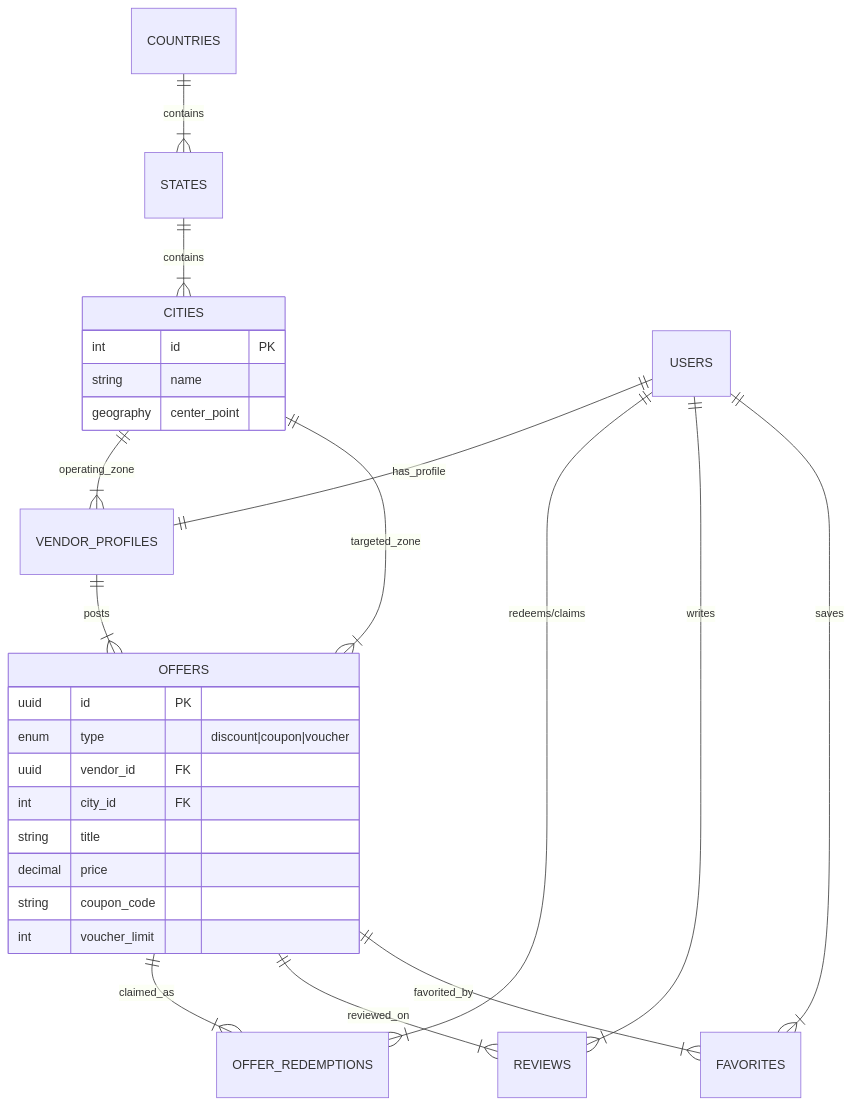
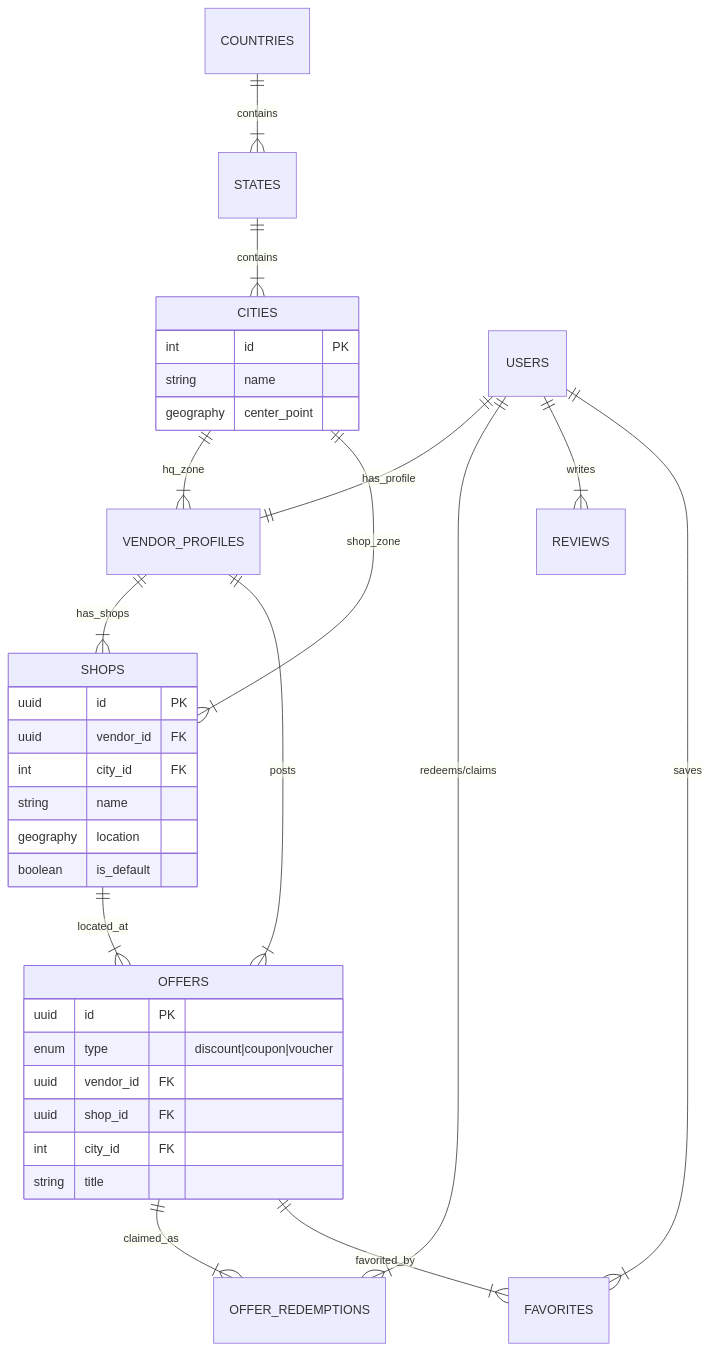
Before and after one commit to fozlerabbi321/Offerify: the diagram in docs/architecture/database-schema.md, drawn with Mermaid. The commit also changed other lines of this file and 33 other files, not shown here.

````diff
--- a/docs/architecture/database-schema.md
+++ b/docs/architecture/database-schema.md
@@ -27,34 +31,41 @@
 ```mermaid
 erDiagram
     COUNTRIES ||--|{ STATES : contains
     STATES ||--|{ CITIES : contains
-    CITIES ||--|{ VENDOR_PROFILES : "operating_zone"
-    CITIES ||--|{ OFFERS : "targeted_zone"
+    CITIES ||--|{ VENDOR_PROFILES : "hq_zone"
+    CITIES ||--|{ SHOPS : "shop_zone"
 
     USERS ||--|| VENDOR_PROFILES : "has_profile"
     USERS ||--|{ OFFER_REDEMPTIONS : "redeems/claims"
     USERS ||--|{ REVIEWS : writes
     USERS ||--|{ FAVORITES : saves
 
+    VENDOR_PROFILES ||--|{ SHOPS : "has_shops"
     VENDOR_PROFILES ||--|{ OFFERS : posts
+    SHOPS ||--|{ OFFERS : "located_at"
 
     OFFERS ||--|{ OFFER_REDEMPTIONS : "claimed_as"
-    OFFERS ||--|{ REVIEWS : "reviewed_on"
     OFFERS ||--|{ FAVORITES : "favorited_by"
 
     CITIES {
         int id PK
         string name
         geography center_point
     }
+    SHOPS {
+        uuid id PK
+        uuid vendor_id FK
+        int city_id FK
+        string name
+        geography location
+        boolean is_default
+    }
     OFFERS {
         uuid id PK
         enum type "discount|coupon|voucher"
         uuid vendor_id FK
+        uuid shop_id FK
         int city_id FK
         string title
-        decimal price
-        string coupon_code
-        int voucher_limit
     }
 ```
````
